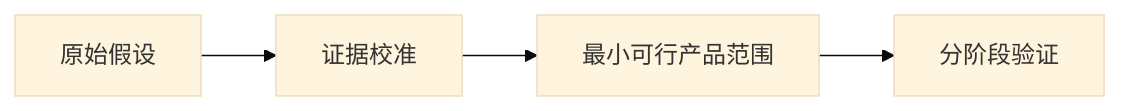
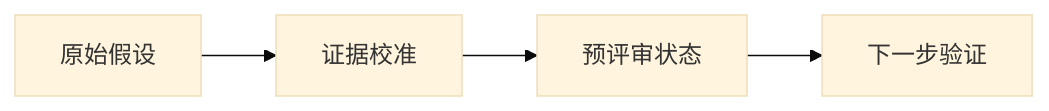
Before and after one commit to Duzhenyang111/WheelWise: the diagram in shared/templates/new-product-brief.md, drawn with Mermaid (base theme). The commit also changed other lines of this file and 42 other files, not shown here.

````diff
--- a/shared/templates/new-product-brief.md
+++ b/shared/templates/new-product-brief.md
@@ -358,6 +179,6 @@
 ```mermaid
 flowchart LR
   A["原始假设"] --> B["证据校准"]
-  B --> C["最小可行产品范围"]
-  C --> D["分阶段验证"]
+  B --> C["预评审状态"]
+  C --> D["下一步验证"]
 ```
````
